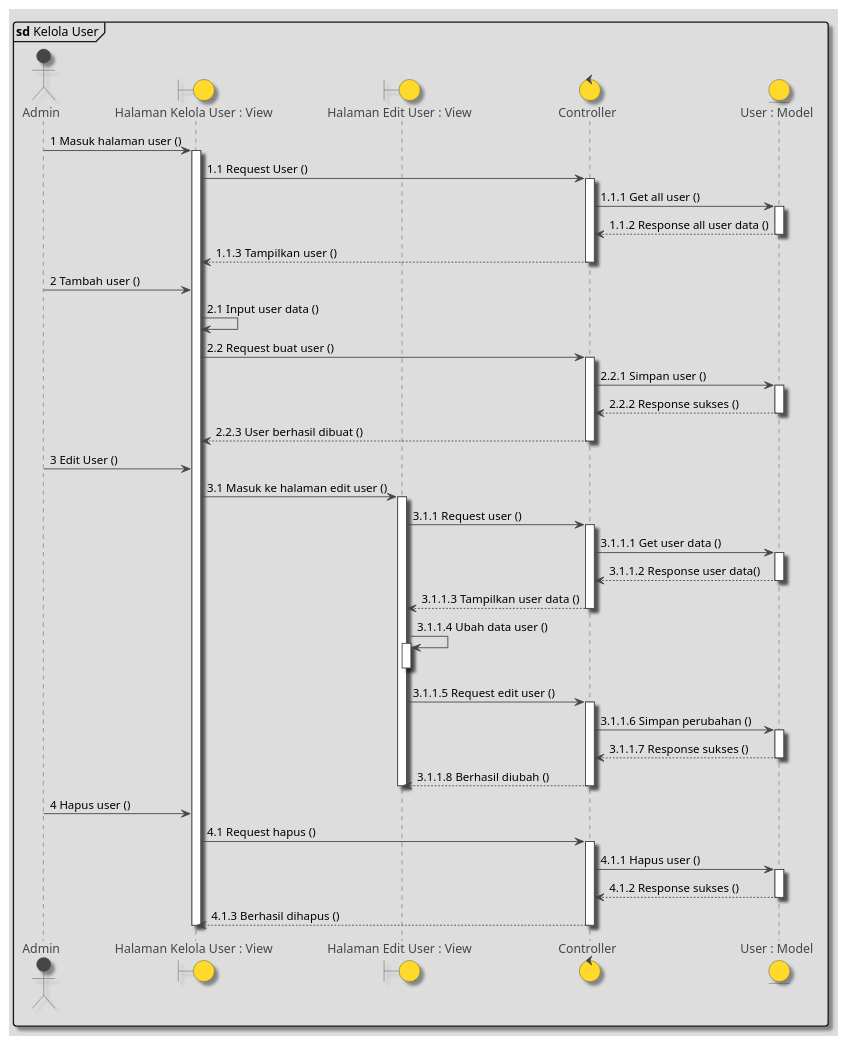
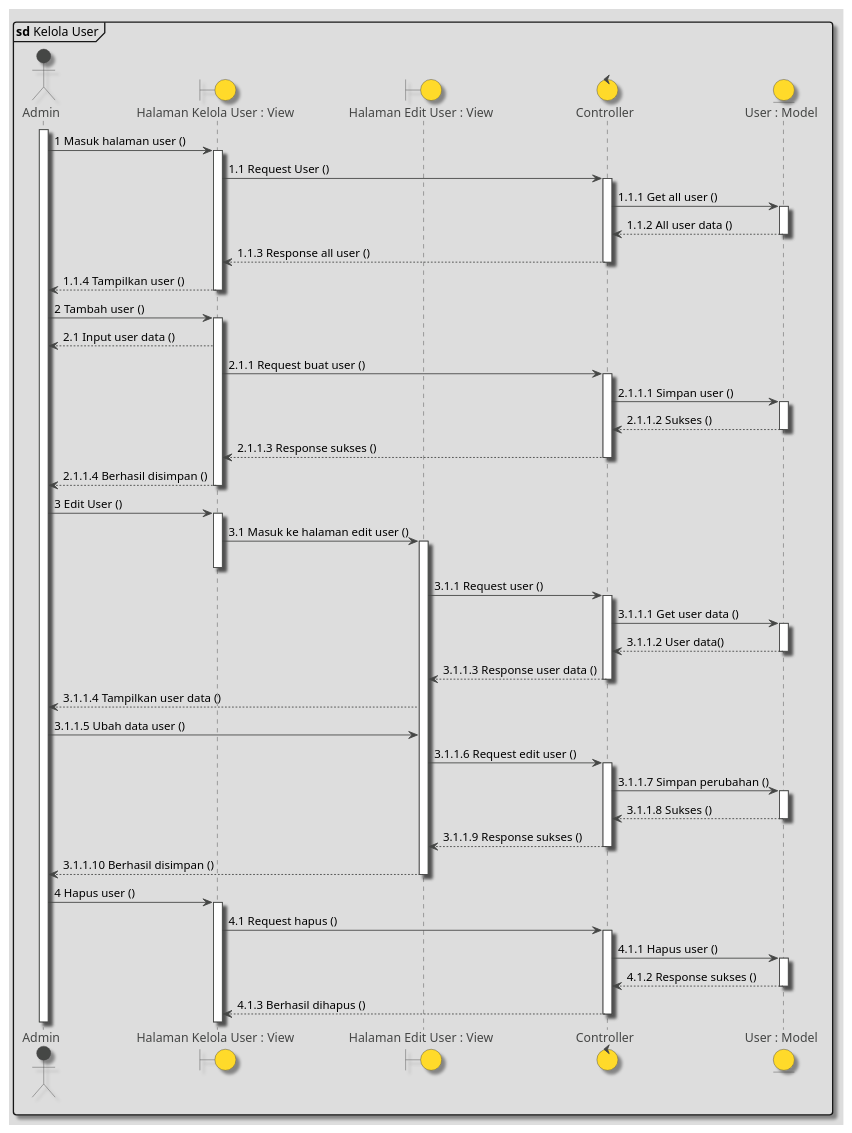
Before and after one commit to marlisumarli/hanger-scheduling: the diagram in Diagrams/SequenceDiagrams/KelolaUser.puml, drawn with PlantUML. The commit also changed 3 other files, not shown here.

```diff
--- a/Diagrams/SequenceDiagrams/KelolaUser.puml
+++ b/Diagrams/SequenceDiagrams/KelolaUser.puml
@@ -1,59 +1,64 @@
 @startuml
 
 !theme toy
 skinparam shadowing true
 mainframe **sd** Kelola User
 
 actor Admin
 boundary "Halaman Kelola User : View" as kelolaUser
 boundary "Halaman Edit User : View" as editUser
 control Controller as controller
 entity "User : Model" as dataUser
 
+activate Admin
 Admin -> kelolaUser ++ : 1 Masuk halaman user ()
 
 kelolaUser -> controller ++ : 1.1 Request User ()
 
 controller -> dataUser ++ : 1.1.1 Get all user ()
-return 1.1.2 Response all user data ()
-return 1.1.3 Tampilkan user ()
+dataUser --> controller : 1.1.2 All user data ()
+deactivate dataUser
+controller --> kelolaUser : 1.1.3 Response all user ()
+deactivate controller
+kelolaUser --> Admin : 1.1.4 Tampilkan user ()
+deactivate kelolaUser
 
-Admin -> kelolaUser : 2 Tambah user ()
+Admin -> kelolaUser ++ : 2 Tambah user ()
 
-kelolaUser -> kelolaUser : 2.1 Input user data ()
+kelolaUser --> Admin : 2.1 Input user data ()
 
-kelolaUser -> controller ++ : 2.2 Request buat user ()
+kelolaUser -> controller ++ : 2.1.1 Request buat user ()
 
-controller -> dataUser ++ : 2.2.1 Simpan user ()
-return 2.2.2 Response sukses ()
-return 2.2.3 User berhasil dibuat ()
+controller -> dataUser ++ : 2.1.1.1 Simpan user ()
+return 2.1.1.2 Sukses ()
+return 2.1.1.3 Response sukses ()
+kelolaUser --> Admin : 2.1.1.4 Berhasil disimpan ()
+deactivate
 
-Admin -> kelolaUser : 3 Edit User ()
-
+Admin -> kelolaUser ++ : 3 Edit User ()
 kelolaUser -> editUser ++ : 3.1 Masuk ke halaman edit user ()
-
+deactivate kelolaUser
 editUser -> controller ++ : 3.1.1 Request user ()
 controller -> dataUser ++ : 3.1.1.1 Get user data ()
-return 3.1.1.2 Response user data()
-return 3.1.1.3 Tampilkan user data ()
+return 3.1.1.2 User data()
+return 3.1.1.3 Response user data ()
+editUser --> Admin : 3.1.1.4 Tampilkan user data ()
 
-editUser -> editUser ++ : 3.1.1.4 Ubah data user ()
+Admin -> editUser  : 3.1.1.5 Ubah data user ()
+
+editUser -> controller ++ : 3.1.1.6 Request edit user ()
+controller -> dataUser ++ : 3.1.1.7 Simpan perubahan ()
+return 3.1.1.8 Sukses ()
+return 3.1.1.9 Response sukses ()
+editUser --> Admin : 3.1.1.10 Berhasil disimpan ()
 deactivate editUser
 
-editUser -> controller ++ : 3.1.1.5 Request edit user ()
-controller -> dataUser ++ : 3.1.1.6 Simpan perubahan ()
-return 3.1.1.7 Response sukses ()
-return 3.1.1.8 Berhasil diubah ()
-deactivate
-
-Admin -> kelolaUser : 4 Hapus user ()
-
+Admin -> kelolaUser ++ : 4 Hapus user ()
 kelolaUser -> controller ++ : 4.1 Request hapus ()
 
 controller -> dataUser ++ : 4.1.1 Hapus user ()
 
 return 4.1.2 Response sukses ()
 return 4.1.3 Berhasil dihapus ()
-deactivate
 
 @enduml
```
